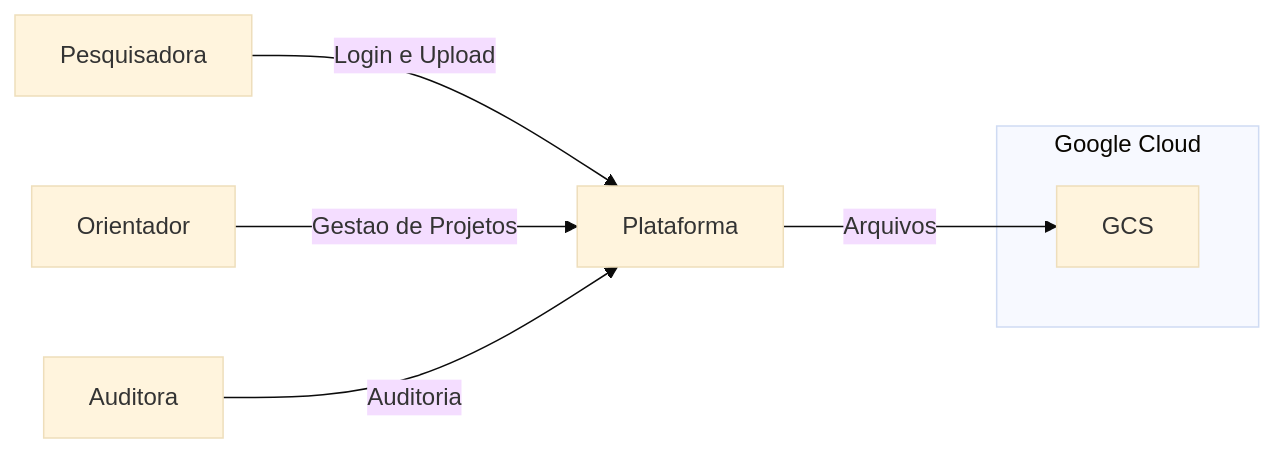
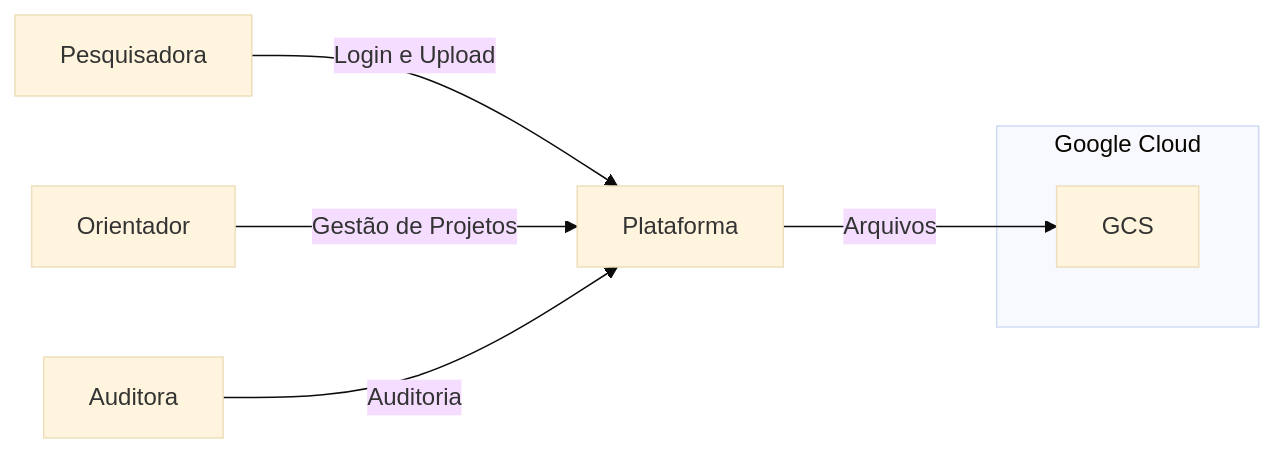
One commit to pedrohpsantos/EdTech changed the first of 2 diagrams in docs/arquitetura/c4_model.md. Above: the diagram before and after it, drawn with Mermaid. The commit also changed other lines of this file and 21 other files, not shown here.

Commit message:
docs: scaffold project documentation, architecture design, and CI/CD infrastructure.

````diff
--- a/docs/arquitetura/c4_model.md
+++ b/docs/arquitetura/c4_model.md
@@ -9,18 +9,18 @@
 ```mermaid
 %%{init: {"theme": "base", "flowchart": {"nodeSpacing": 60, "rankSpacing": 80, "curve": "basis"}}}%%
 flowchart LR
     Pesq["Pesquisadora"]
     Ori["Orientador"]
     Aud["Auditora"]
 
     EdTech["Plataforma"]
 
     subgraph GCP["Google Cloud"]
         GCS["GCS"]
     end
 
     Pesq -->|Login e Upload| EdTech
-    Ori -->|Gestao de Projetos| EdTech
+    Ori -->|Gestão de Projetos| EdTech
     Aud -->|Auditoria| EdTech
     EdTech -->|Arquivos| GCS
 ```
````
